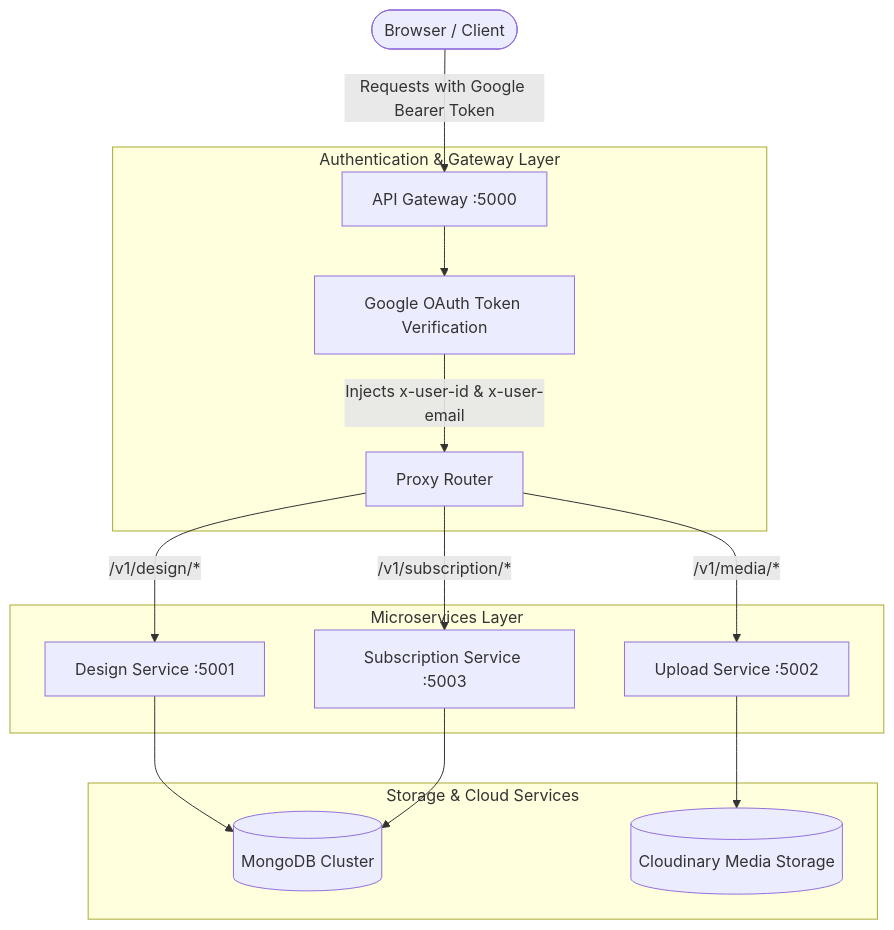
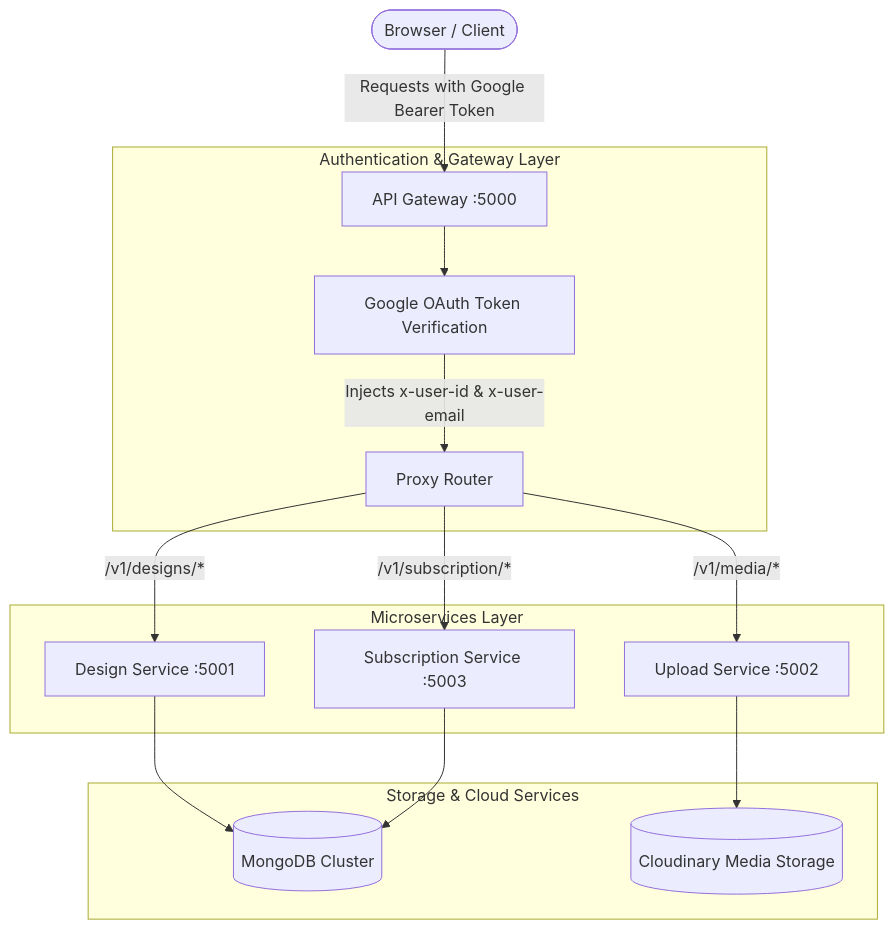
One commit to Aasutosh23/canva-clone changed the diagram in README.md. Above: the diagram before and after it, drawn with Mermaid. The commit also changed other lines of this file and 17 other files, not shown here.

````diff
--- a/README.md
+++ b/README.md
@@ -36,21 +36,21 @@
 ```mermaid
 graph TD
     User([Browser / Client]) -->|Requests with Google Bearer Token| Gateway[API Gateway :5000]
 
     subgraph Authentication & Gateway Layer
         Gateway --> AuthMiddleware[Google OAuth Token Verification]
         AuthMiddleware -->|Injects x-user-id & x-user-email| ProxyRouter[Proxy Router]
     end
 
     subgraph Microservices Layer
-        ProxyRouter -->|/v1/design/*| DesignSvc[Design Service :5001]
+        ProxyRouter -->|/v1/designs/*| DesignSvc[Design Service :5001]
         ProxyRouter -->|/v1/media/*| UploadSvc[Upload Service :5002]
         ProxyRouter -->|/v1/subscription/*| SubSvc[Subscription Service :5003]
     end
 
     subgraph Storage & Cloud Services
         DesignSvc --> MongoDB[(MongoDB Cluster)]
         SubSvc --> MongoDB
         UploadSvc --> Cloudinary[(Cloudinary Media Storage)]
     end
 ```
````
